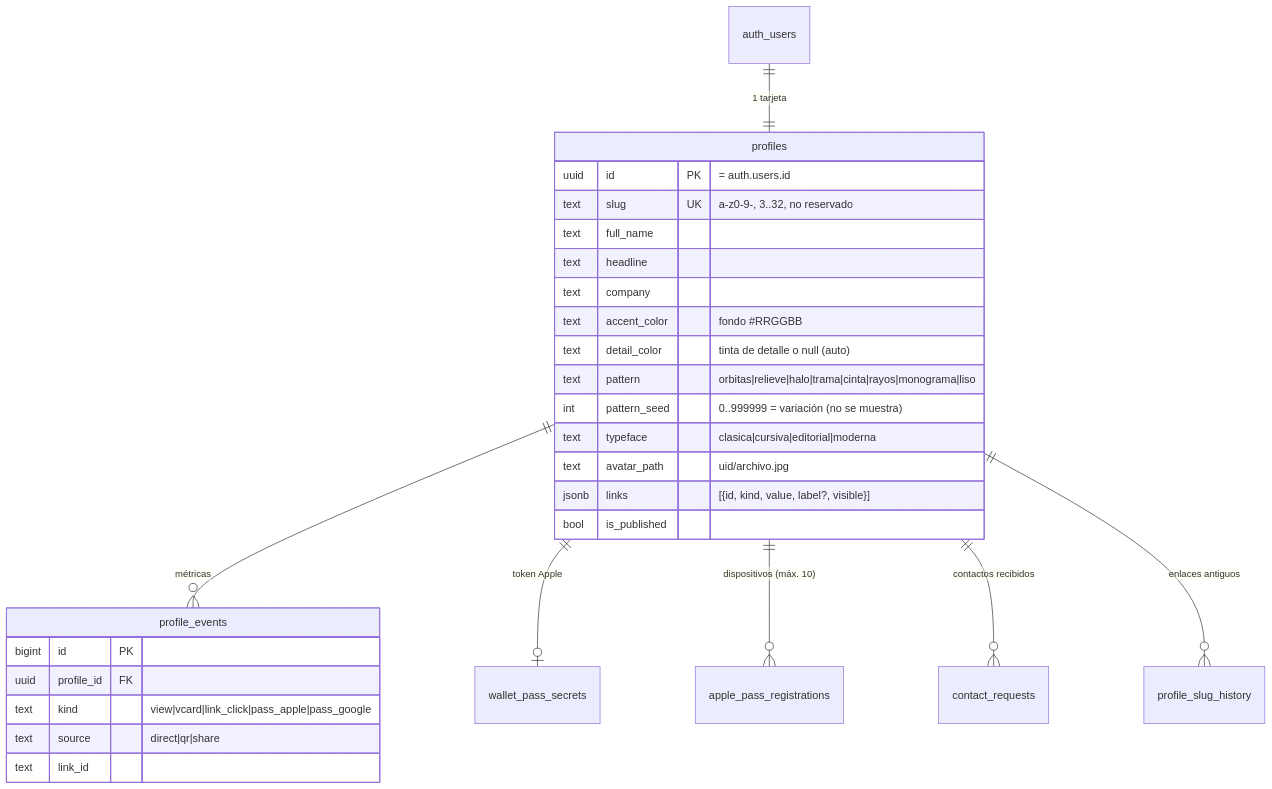
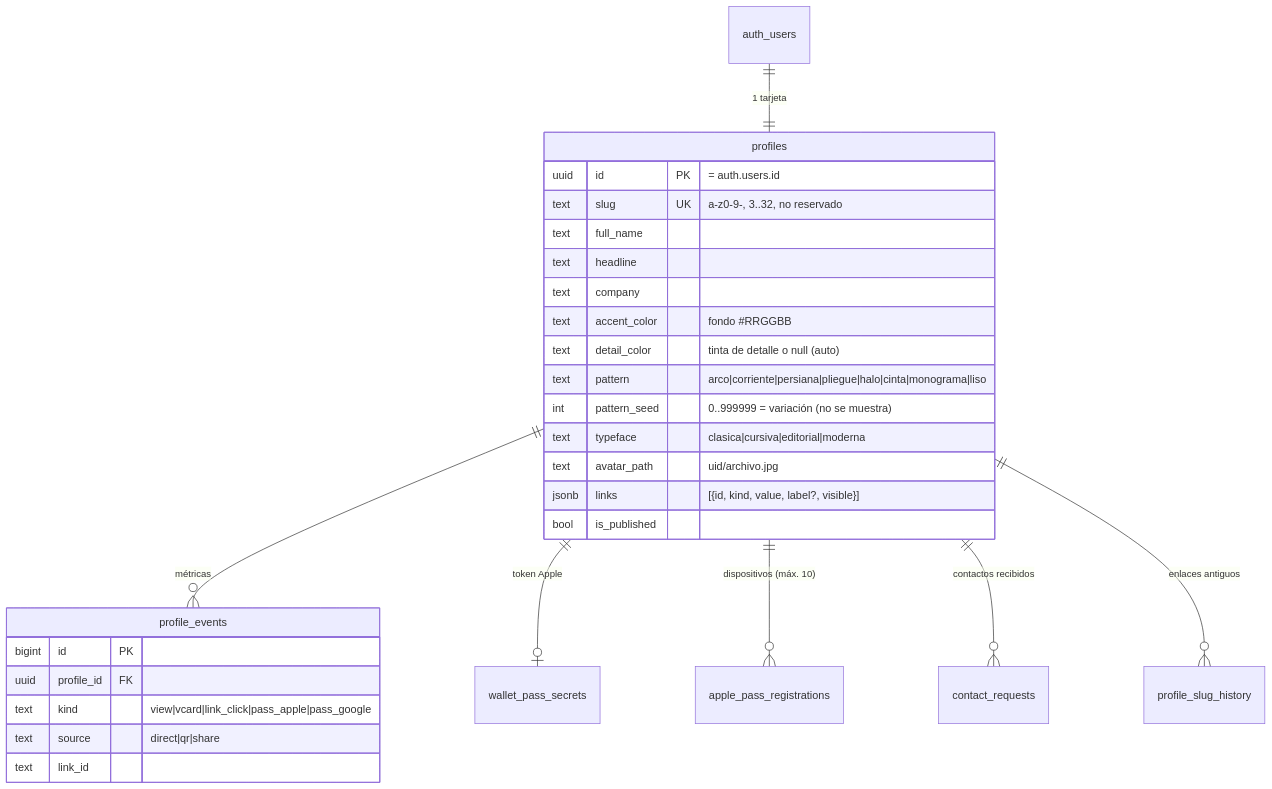
One commit to diegomolinacatala/PassMe changed the second of 4 diagrams in docs/ARCHITECTURE.md. Above: the diagram before and after it, drawn with Mermaid. The commit also changed other lines of this file and 23 other files, not shown here.

First line of the commit message:
feat: calmer pass motifs (arco, corriente, persiana, pliegue)

````diff
--- a/docs/ARCHITECTURE.md
+++ b/docs/ARCHITECTURE.md
@@ -51,32 +51,32 @@
 ```mermaid
 erDiagram
     auth_users ||--|| profiles : "1 tarjeta"
     profiles ||--o{ profile_events : "métricas"
     profiles ||--o| wallet_pass_secrets : "token Apple"
     profiles ||--o{ apple_pass_registrations : "dispositivos (máx. 10)"
     profiles ||--o{ contact_requests : "contactos recibidos"
     profiles ||--o{ profile_slug_history : "enlaces antiguos"
 
     profiles {
         uuid id PK "= auth.users.id"
         text slug UK "a-z0-9-, 3..32, no reservado"
         text full_name
         text headline
         text company
         text accent_color "fondo #RRGGBB"
         text detail_color "tinta de detalle o null (auto)"
-        text pattern "orbitas|relieve|halo|trama|cinta|rayos|monograma|liso"
+        text pattern "arco|corriente|persiana|pliegue|halo|cinta|monograma|liso"
         int pattern_seed "0..999999 = variación (no se muestra)"
         text typeface "clasica|cursiva|editorial|moderna"
         text avatar_path "uid/archivo.jpg"
         jsonb links "[{id, kind, value, label?, visible}]"
         bool is_published
     }
     profile_events {
         bigint id PK
         uuid profile_id FK
         text kind "view|vcard|link_click|pass_apple|pass_google"
         text source "direct|qr|share"
         text link_id
     }
 ```
````
